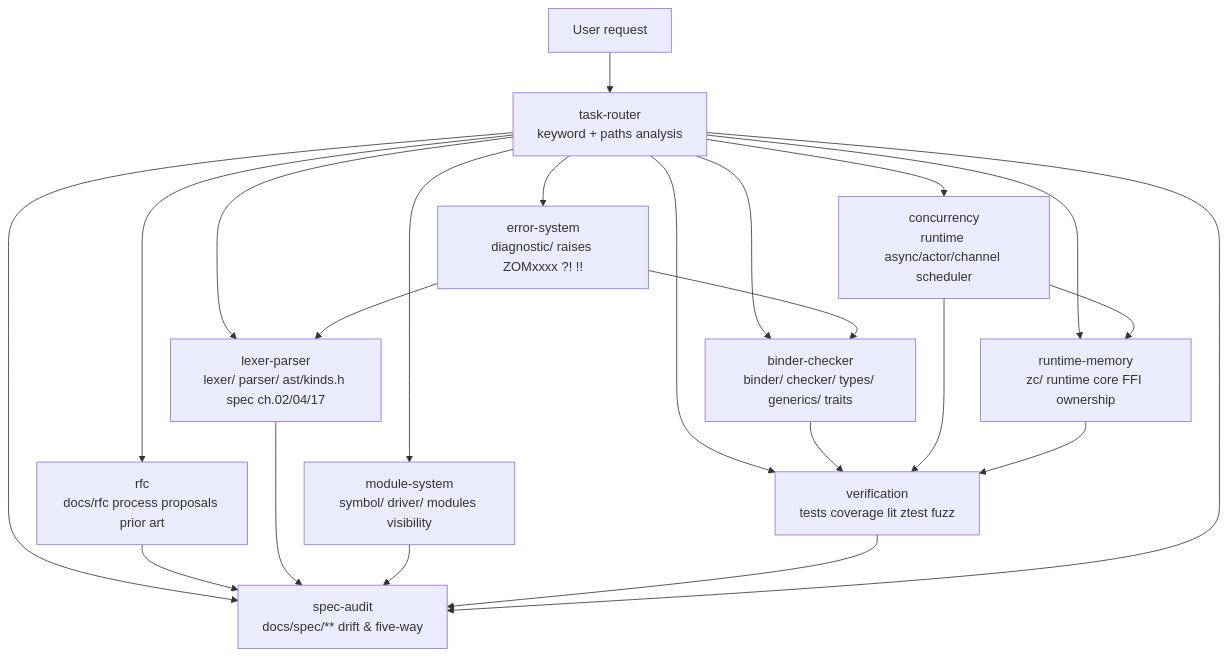
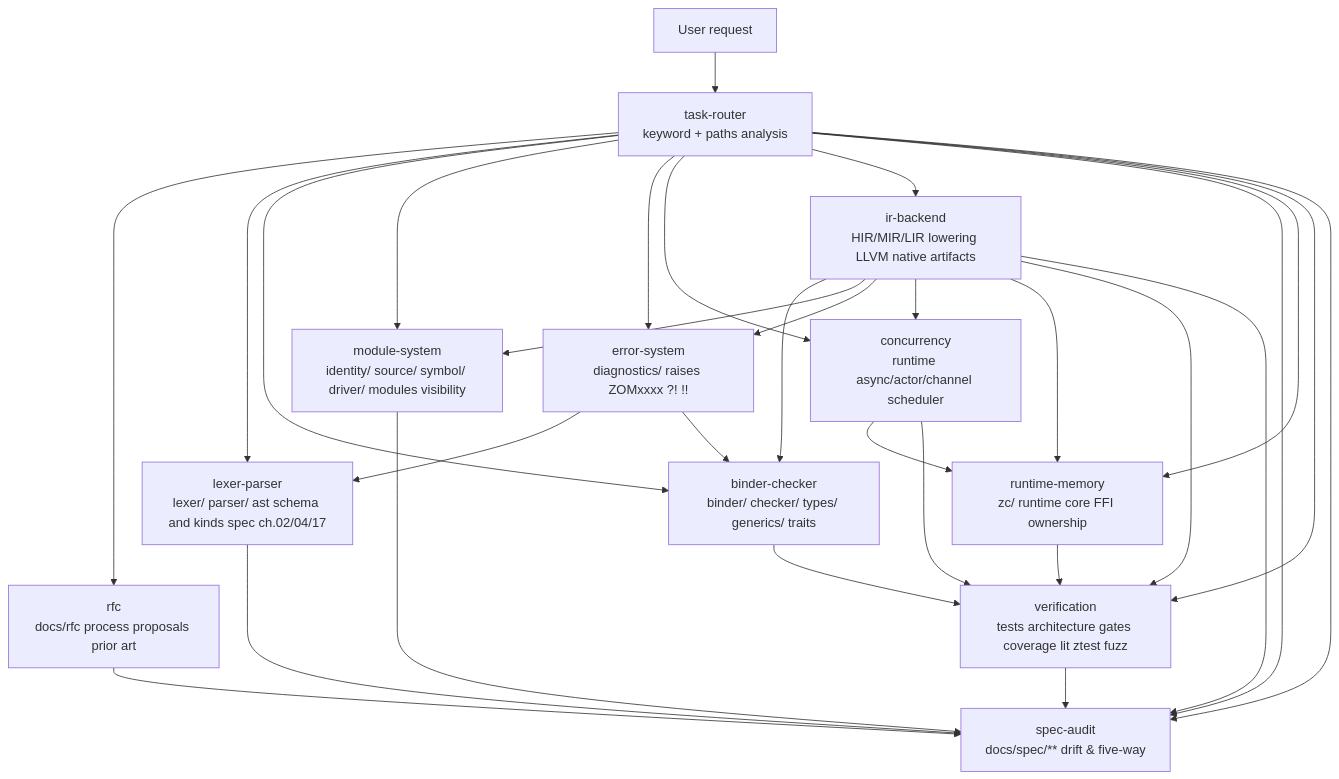
The diagram in .agents/subagents/README.md (Zzzode/ZOM), drawn with Mermaid before and after one commit. The commit also changed other lines of this file and 46 other files, not shown here.

First line of the commit message:
docs(architecture)!: establish compiler RFC contracts

````diff
--- a/.agents/subagents/README.md
+++ b/.agents/subagents/README.md
@@ -11,27 +11,35 @@
 ```mermaid
 flowchart TD
     U[User request] --> TR[task-router<br/>keyword + paths analysis]
 
     TR --> RF[rfc<br/>docs/rfc process proposals prior art]
-    TR --> LP[lexer-parser<br/>lexer/ parser/ ast/kinds.h spec ch.02/04/17]
+    TR --> LP[lexer-parser<br/>lexer/ parser/ ast schema and kinds spec ch.02/04/17]
     TR --> BC[binder-checker<br/>binder/ checker/ types/ generics/ traits]
-    TR --> MS[module-system<br/>symbol/ driver/ modules visibility]
-    TR --> ES[error-system<br/>diagnostic/ raises ZOMxxxx ?! !!]
+    TR --> MS[module-system<br/>identity/ source/ symbol/ driver/ modules visibility]
+    TR --> ES[error-system<br/>diagnostics/ raises ZOMxxxx ?! !!]
     TR --> CN[concurrency<br/>runtime async/actor/channel scheduler]
+    TR --> IB[ir-backend<br/>HIR/MIR/LIR lowering LLVM native artifacts]
     TR --> SA[spec-audit<br/>docs/spec/** drift & five-way]
     TR --> RM[runtime-memory<br/>zc/ runtime core FFI ownership]
-    TR --> VR[verification<br/>tests coverage lit ztest fuzz]
+    TR --> VR[verification<br/>tests architecture gates coverage lit ztest fuzz]
 
     %% Escalation edges
     RF --> SA
     LP --> SA
     BC --> VR
     MS --> SA
     ES --> LP
     ES --> BC
     CN --> RM
     CN --> VR
+    IB --> BC
+    IB --> MS
+    IB --> ES
+    IB --> CN
+    IB --> RM
+    IB --> VR
+    IB --> SA
     RM --> VR
     VR --> SA
     TR --> SA
 ```
````
